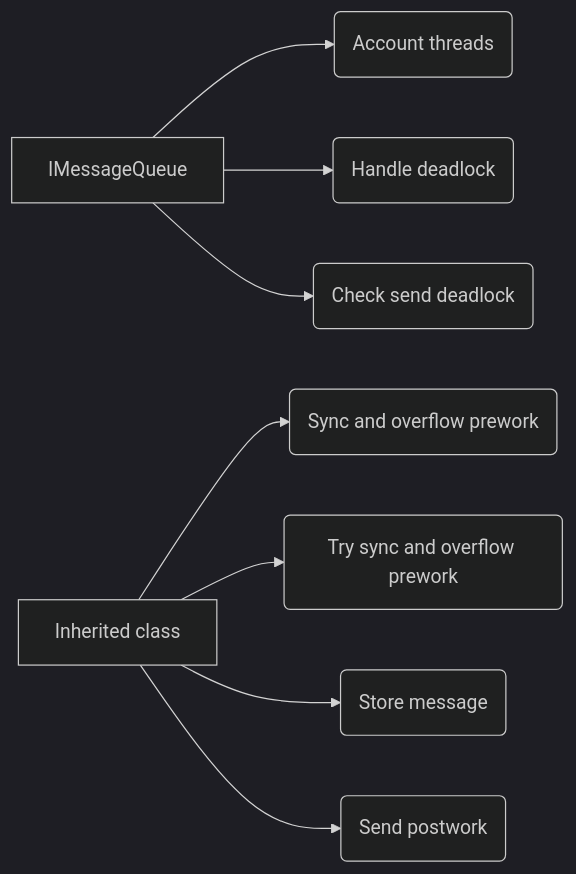
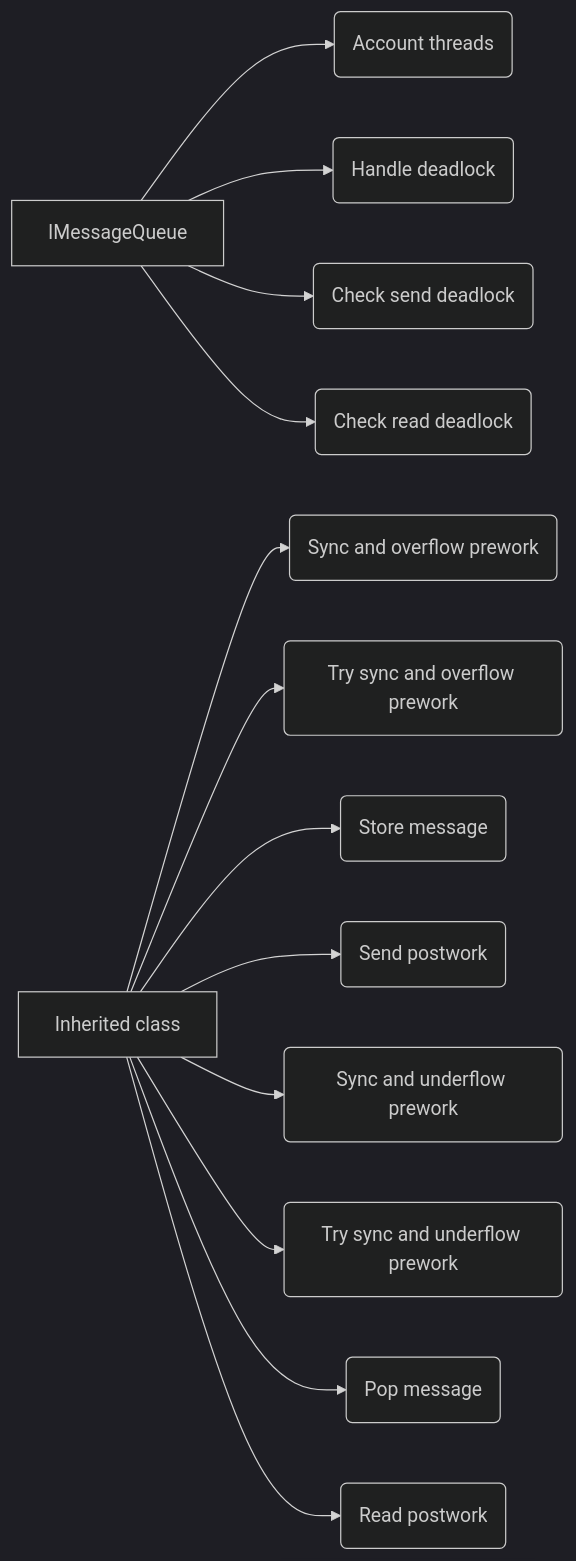
One commit to R185/message_queue_practical changed the fourth of 6 diagrams in ADR.md. Above: the diagram before and after it, drawn with Mermaid (dark theme). The commit also changed other lines of this file and 1 other file, not shown here.

Commit message:
feat(base queue): Read \ try read methods

````diff
--- a/ADR.md
+++ b/ADR.md
@@ -174,10 +210,15 @@
 ``` mermaid
 flowchart LR
     A[IMessageQueue] --> M0(Account threads)
     A --> M2(Handle deadlock)
-    A --> M1(Check send deadlock)
-    B[Inherited class] --> M3(Sync and overflow prework)
-    B --> M3t(Try sync and overflow prework)
-    B --> M4(Store message)
-    B --> M5(Send postwork)
+    A --> M1s(Check send deadlock)
+    A --> M1r(Check read deadlock)
+    B[Inherited class] --> M3o(Sync and overflow prework)
+    B --> M3ot(Try sync and overflow prework)
+    B --> M4s(Store message)
+    B --> M5s(Send postwork)
+    B --> M3u(Sync and underflow prework)
+    B --> M3ut(Try sync and underflow prework)
+    B --> M4r(Pop message)
+    B --> M5r(Read postwork)
 ```
````
